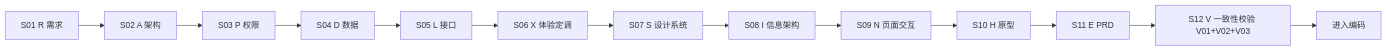
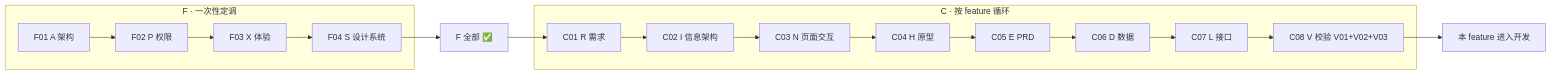
One commit to wangqinglong2024/ai_agent changed the diagram in prompt/S00-02-端到端工作流.md. Above: the diagram before and after it, drawn with Mermaid. The commit also changed other lines of this file and 39 other files, not shown here.

````diff
--- a/prompt/S00-02-端到端工作流.md
+++ b/prompt/S00-02-端到端工作流.md
@@ -9,15 +9,20 @@
 ```mermaid
 flowchart LR
-  R[S01 R 需求] --> A[S02 A 架构]
-  A --> P[S03 P 权限]
-  P --> D[S04 D 数据]
-  D --> L[S05 L 接口]
-  L --> X[S06 X 体验定调]
-  X --> S[S07 S 设计系统]
-  S --> I[S08 I 信息架构]
-  I --> N[S09 N 页面交互]
-  N --> H[S10 H 原型]
-  H --> E[S11 E PRD]
-  E --> V[S12 V 一致性校验 V01+V02+V03]
-  V --> CODE[进入编码]
+  subgraph F[F · 一次性定调]
+    A[F01 A 架构] --> P[F02 P 权限]
+    P --> X[F03 X 体验]
+    X --> S[F04 S 设计系统]
+  end
+  S --> RC[F 全部 ✅]
+  RC --> R[C01 R 需求]
+  subgraph CYC[C · 按 feature 循环]
+    R --> I[C02 I 信息架构]
+    I --> N[C03 N 页面交互]
+    N --> H[C04 H 原型]
+    H --> E[C05 E PRD]
+    E --> D[C06 D 数据]
+    D --> L[C07 L 接口]
+    L --> V[C08 V 校验 V01+V02+V03]
+  end
+  V --> CODE[本 feature 进入开发]
 ```
````
